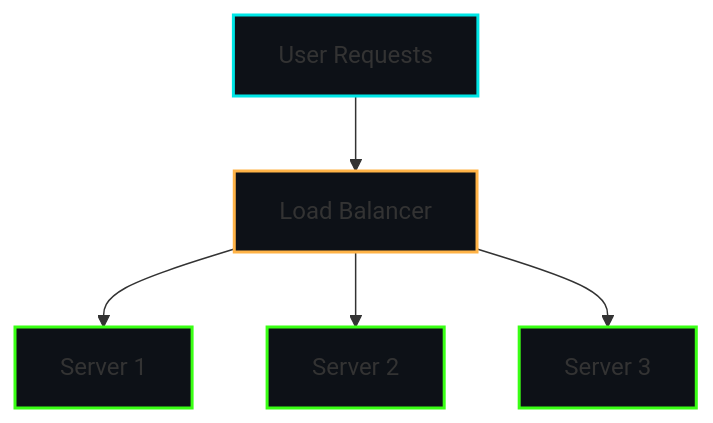
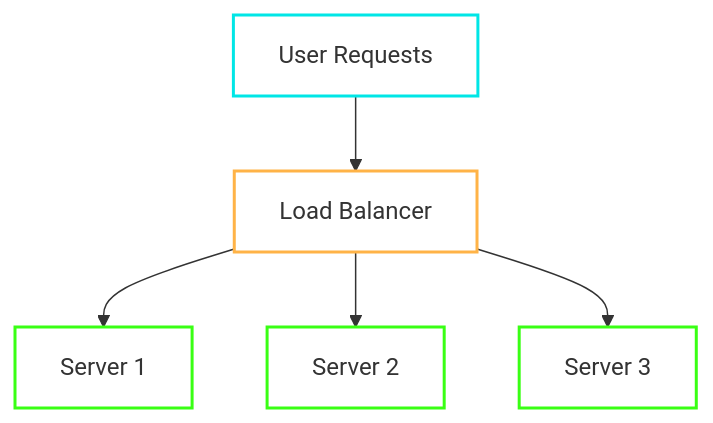
The fourth of 4 diagrams in urlshortener.md (talal-nabulsi/system-design-brain), drawn with Mermaid before and after one commit. The commit also changed other lines of this file, not shown here.

````diff
--- a/urlshortener.md
+++ b/urlshortener.md
@@ -188,13 +188,13 @@
 ```mermaid
 graph TD;
-    style UserRequests fill:#0d1117,stroke:#00e6e6,stroke-width:2px;
-    style LoadBalancer fill:#0d1117,stroke:#ffb347,stroke-width:2px;
-    style Server1 fill:#0d1117,stroke:#39ff14,stroke-width:2px;
-    style Server2 fill:#0d1117,stroke:#39ff14,stroke-width:2px;
-    style Server3 fill:#0d1117,stroke:#39ff14,stroke-width:2px;
+    style UserRequests fill:#ffffff,stroke:#00e6e6,stroke-width:2px;
+    style LoadBalancer fill:#ffffff,stroke:#ffb347,stroke-width:2px;
+    style Server1 fill:#ffffff,stroke:#39ff14,stroke-width:2px;
+    style Server2 fill:#ffffff,stroke:#39ff14,stroke-width:2px;
+    style Server3 fill:#ffffff,stroke:#39ff14,stroke-width:2px;
 
     UserRequests[User Requests] --> LoadBalancer[Load Balancer];
     LoadBalancer --> Server1[Server 1];
     LoadBalancer --> Server2[Server 2];
     LoadBalancer --> Server3[Server 3];
 ```
````
